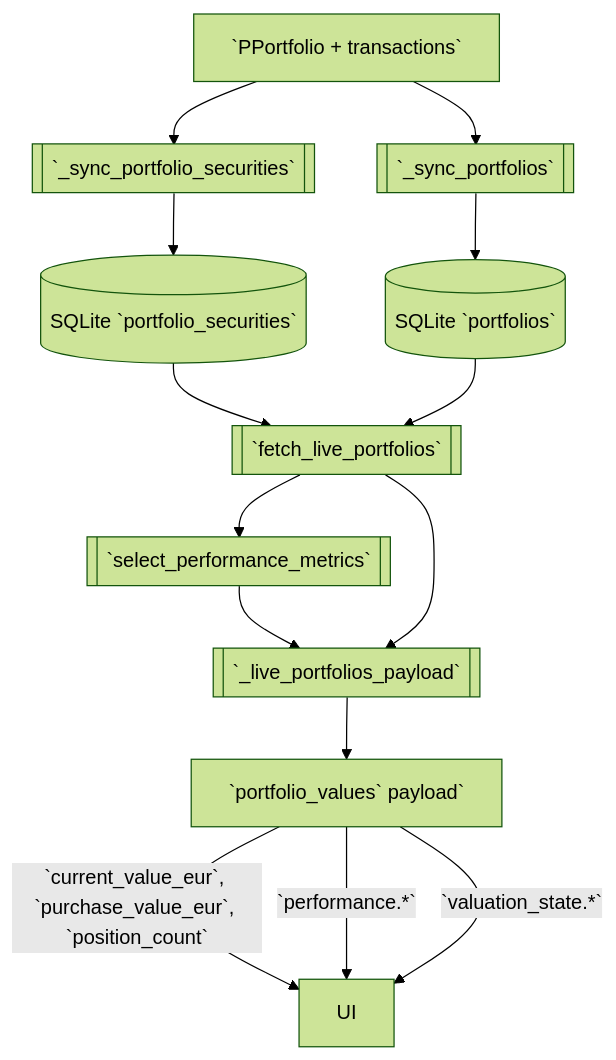
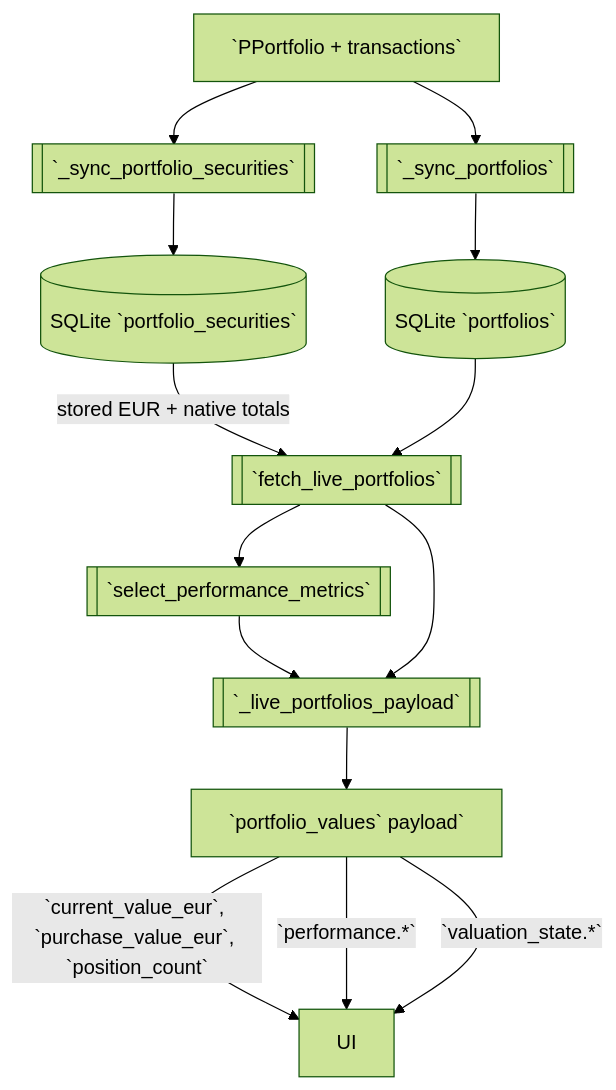
One commit to Freakandi/ha-pp-reader changed the third of 8 diagrams in datamodel/frontend-datamodel-visualizations.md. Above: the diagram before and after it, drawn with Mermaid (forest theme). The commit also changed other lines of this file, not shown here.

Commit message:
Update frontend data model docs for new SQLite schema

````diff
--- a/datamodel/frontend-datamodel-visualizations.md
+++ b/datamodel/frontend-datamodel-visualizations.md
@@ -94,17 +92,17 @@
 ```mermaid
 flowchart TD
   Proto[`PPortfolio + transactions`]
   Proto --> SyncPort[[`_sync_portfolios`]]
   Proto --> SyncSec[[`_sync_portfolio_securities`]]
   SyncPort --> PortDB[(SQLite `portfolios`)]
   SyncSec --> SecDB[(SQLite `portfolio_securities`)]
-  SecDB --> Live[[`fetch_live_portfolios`]]
+  SecDB -->|stored EUR + native totals| Live[[`fetch_live_portfolios`]]
   PortDB --> Live
   Live --> Perf[[`select_performance_metrics`]]
   Perf --> Normalize[[`_live_portfolios_payload`]]
   Live --> Normalize
   Normalize --> Summary[`portfolio_values` payload`]
   Summary -->|`current_value_eur`, `purchase_value_eur`, `position_count`| UI
   Summary -->|`performance.*`| UI
   Summary -->|`valuation_state.*`| UI
 ```
````
